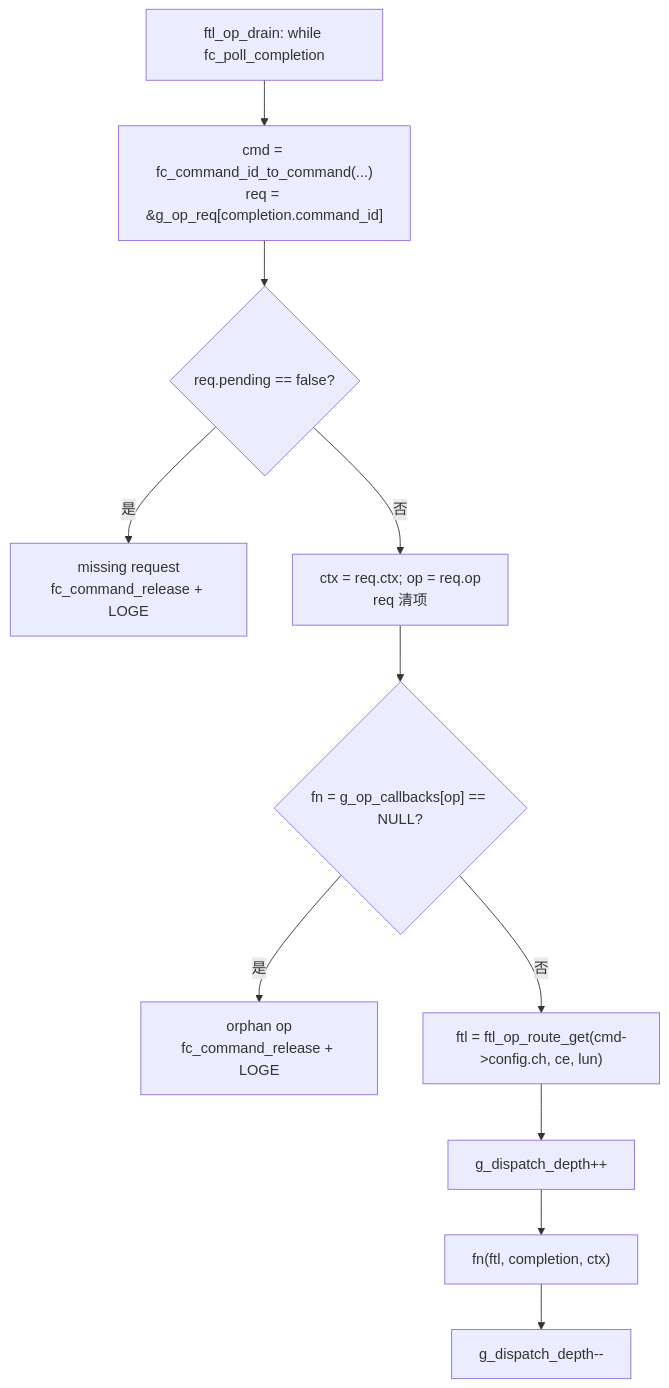
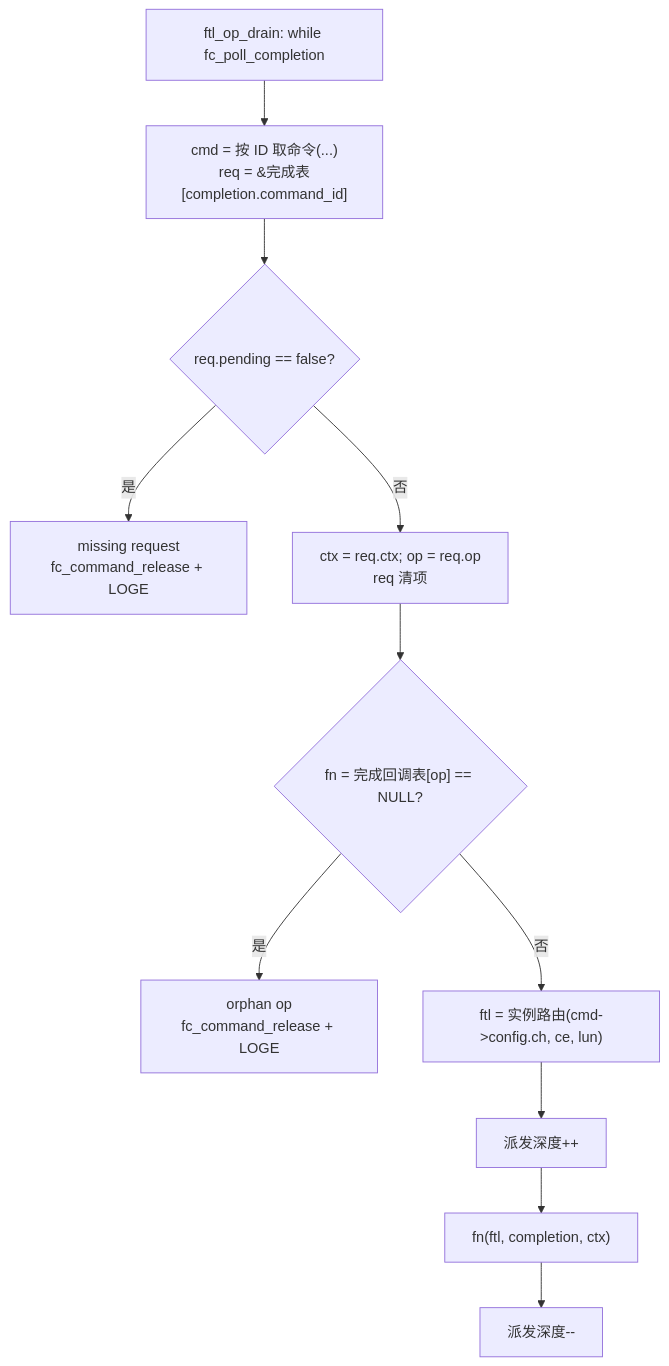
Before and after one commit to YzYMIAO/BASESSD: diagram 19 of 36 in docs/design/ftl_design.md, drawn with Mermaid. The commit also changed other lines of this file and 49 other files, not shown here.

````diff
--- a/docs/design/ftl_design.md
+++ b/docs/design/ftl_design.md
@@ -3161,13 +3086,13 @@
 ```mermaid
 flowchart TD
-    A["ftl_op_drain: while fc_poll_completion"] --> C["cmd = fc_command_id_to_command(...)<br/>req = &g_op_req[completion.command_id]"]
-    C --> D{"req.pending == false?"}
-    D -- "是" --> O["missing request<br/>fc_command_release + LOGE"]
-    D -- "否" --> X["ctx = req.ctx; op = req.op<br/>req 清项"]
-    X --> E{"fn = g_op_callbacks[op] == NULL?"}
-    E -- "是" --> G["orphan op<br/>fc_command_release + LOGE"]
-    E -- "否" --> H["ftl = ftl_op_route_get(cmd->config.ch, ce, lun)"]
-    H --> I["g_dispatch_depth++"]
-    I --> J["fn(ftl, completion, ctx)"]
-    J --> K["g_dispatch_depth--"]
+ A["ftl_op_drain: while fc_poll_completion"] --> C["cmd = 按 ID 取命令(...)<br/>req = &完成表[completion.command_id]"]
+ C --> D{"req.pending == false?"}
+ D -- "是" --> O["missing request<br/>fc_command_release + LOGE"]
+ D -- "否" --> X["ctx = req.ctx; op = req.op<br/>req 清项"]
+ X --> E{"fn = 完成回调表[op] == NULL?"}
+ E -- "是" --> G["orphan op<br/>fc_command_release + LOGE"]
+ E -- "否" --> H["ftl = 实例路由(cmd->config.ch, ce, lun)"]
+ H --> I["派发深度++"]
+ I --> J["fn(ftl, completion, ctx)"]
+ J --> K["派发深度--"]
 ```
````
